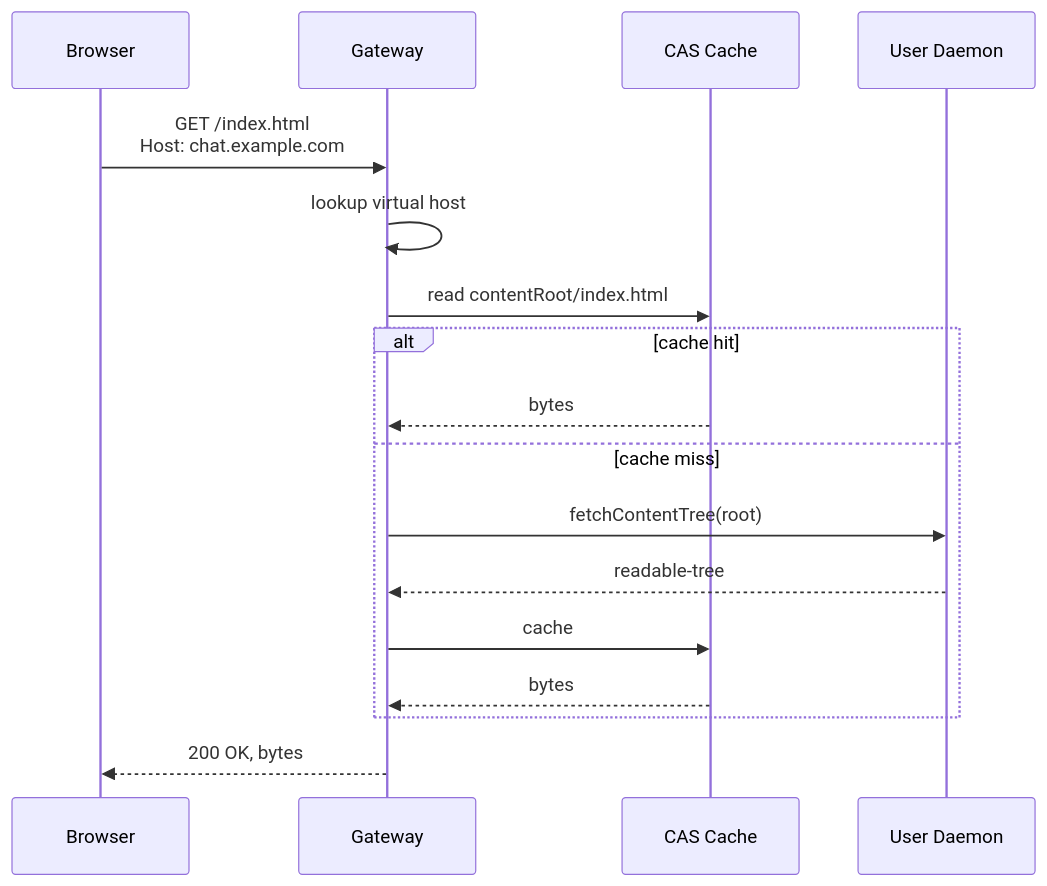
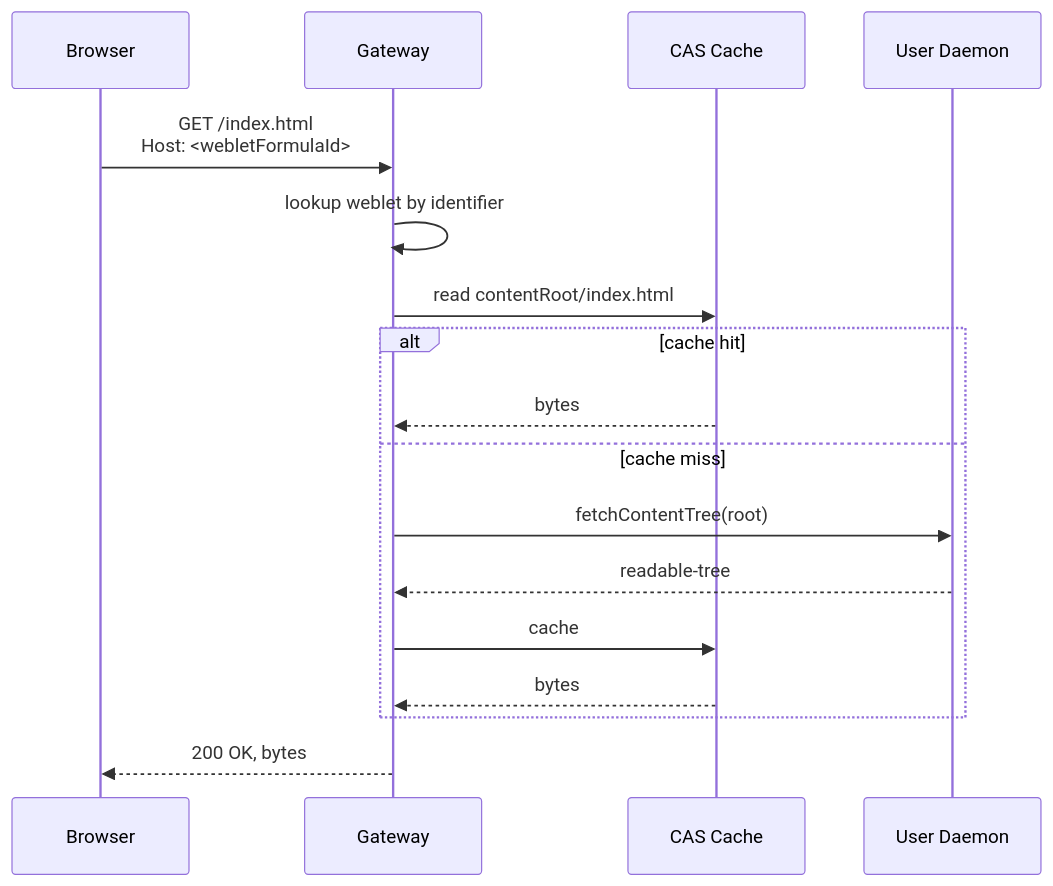
Before and after one commit to endojs/endo: the first of 3 diagrams in designs/gateway-package.md, drawn with Mermaid. The commit also changed other lines of this file and 1 other file, not shown here.

First line of the commit message:
design(gateway): clarify virtual hosting is not DNS-based (#343)

````diff
--- a/designs/gateway-package.md
+++ b/designs/gateway-package.md
@@ -315,19 +334,19 @@
 ```mermaid
 sequenceDiagram
     participant Client as Browser
     participant GW as Gateway
     participant CAS as CAS Cache
     participant UD as User Daemon
-    Client->>GW: GET /index.html<br/>Host: chat.example.com
-    GW->>GW: lookup virtual host
+    Client->>GW: GET /index.html<br/>Host: <webletFormulaId>
+    GW->>GW: lookup weblet by identifier
     GW->>CAS: read contentRoot/index.html
     alt cache hit
         CAS-->>GW: bytes
     else cache miss
         GW->>UD: fetchContentTree(root)
         UD-->>GW: readable-tree
         GW->>CAS: cache
         CAS-->>GW: bytes
     end
     GW-->>Client: 200 OK, bytes
 ```
````
